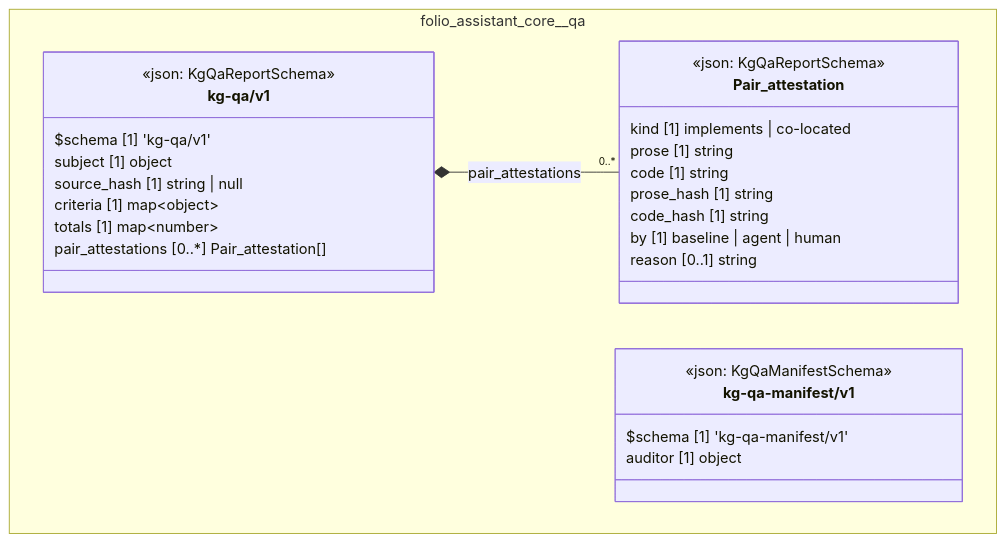
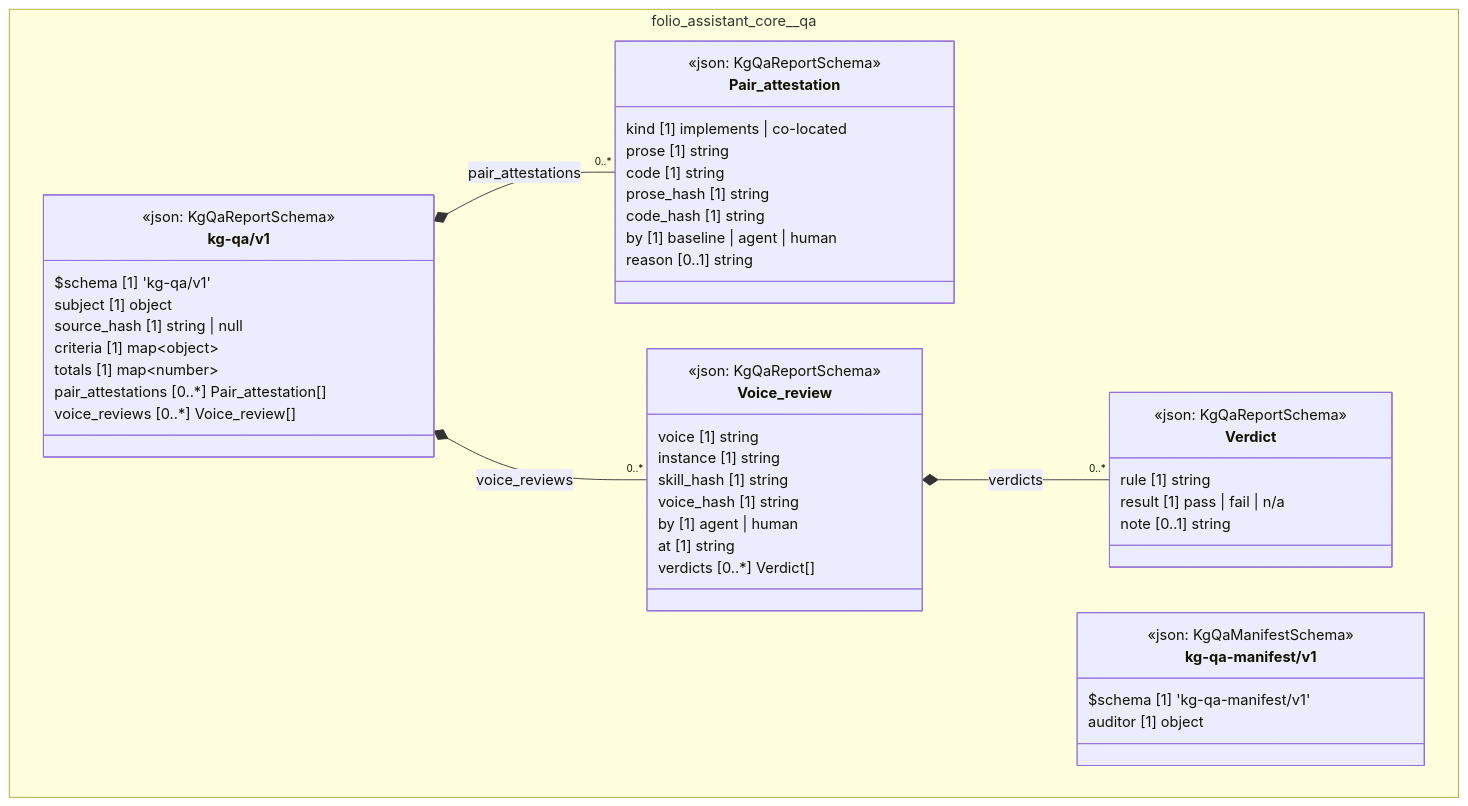
The diagram in cat-harness/docs/uml/overview/folio-assistant-core/qa.md (litlfred/folio-assistant), drawn with Mermaid before and after one commit. The commit also changed 573 other files, not shown here.

First line of the commit message:
rkqp: agentic review axis for skills against the skill voices

````diff
--- a/cat-harness/docs/uml/overview/folio-assistant-core/qa.md
+++ b/cat-harness/docs/uml/overview/folio-assistant-core/qa.md
@@ -42,34 +42,55 @@
 ```mermaid
 classDiagram
   direction TB
   namespace folio_assistant_core__qa {
     class folio_assistant_core_qa_kg_qa_v1_Pair_attestation["Pair_attestation"] {
       <<json: KgQaReportSchema>>
       kind [1] implements | co-located
       prose [1] string
       code [1] string
       prose_hash [1] string
       code_hash [1] string
       by [1] baseline | agent | human
       reason [0..1] string
     }
+    class folio_assistant_core_qa_kg_qa_v1_Verdict["Verdict"] {
+      <<json: KgQaReportSchema>>
+      rule [1] string
+      result [1] pass | fail | n/a
+      note [0..1] string
+    }
+    class folio_assistant_core_qa_kg_qa_v1_Voice_review["Voice_review"] {
+      <<json: KgQaReportSchema>>
+      voice [1] string
+      instance [1] string
+      skill_hash [1] string
+      voice_hash [1] string
+      by [1] agent | human
+      at [1] string
+      verdicts [0..*] Verdict[]
+    }
     class folio_assistant_core_qa_kg_qa_v1_kg_qa_v1["kg-qa/v1"] {
       <<json: KgQaReportSchema>>
       $schema [1] 'kg-qa/v1'
       subject [1] object
       source_hash [1] string | null
       criteria [1] map~object~
       totals [1] map~number~
       pair_attestations [0..*] Pair_attestation[]
+      voice_reviews [0..*] Voice_review[]
     }
     class folio_assistant_core_qa_kg_qa_manifest_v1_kg_qa_manifest_v1["kg-qa-manifest/v1"] {
       <<json: KgQaManifestSchema>>
       $schema [1] 'kg-qa-manifest/v1'
       auditor [1] object
     }
   }
   folio_assistant_core_qa_kg_qa_v1_kg_qa_v1 *-- "0..*" folio_assistant_core_qa_kg_qa_v1_Pair_attestation : pair_attestations
+  folio_assistant_core_qa_kg_qa_v1_Voice_review *-- "0..*" folio_assistant_core_qa_kg_qa_v1_Verdict : verdicts
+  folio_assistant_core_qa_kg_qa_v1_kg_qa_v1 *-- "0..*" folio_assistant_core_qa_kg_qa_v1_Voice_review : voice_reviews
   cssClass "folio_assistant_core_qa_kg_qa_v1_Pair_attestation" fa_uml_kind_qa
+  cssClass "folio_assistant_core_qa_kg_qa_v1_Verdict" fa_uml_kind_qa
+  cssClass "folio_assistant_core_qa_kg_qa_v1_Voice_review" fa_uml_kind_qa
   cssClass "folio_assistant_core_qa_kg_qa_v1_kg_qa_v1" fa_uml_kind_qa
   cssClass "folio_assistant_core_qa_kg_qa_manifest_v1_kg_qa_manifest_v1" fa_uml_kind_qa
 ```
````
